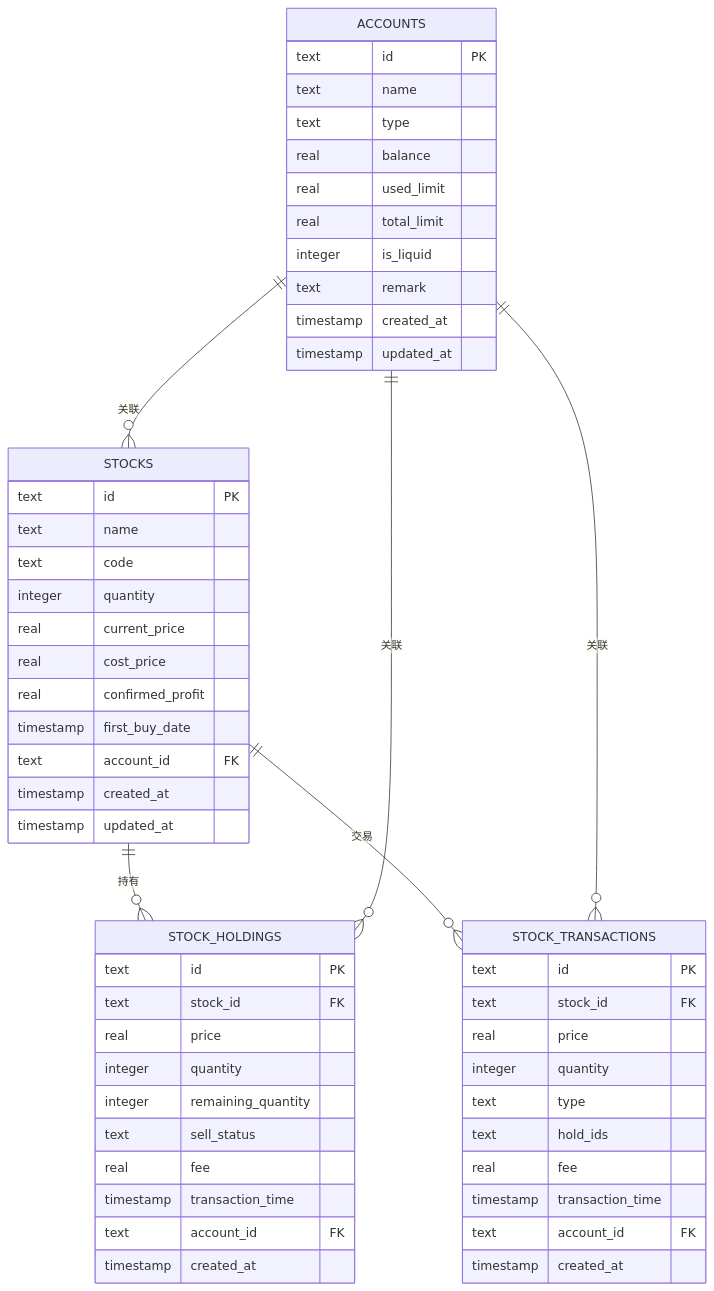
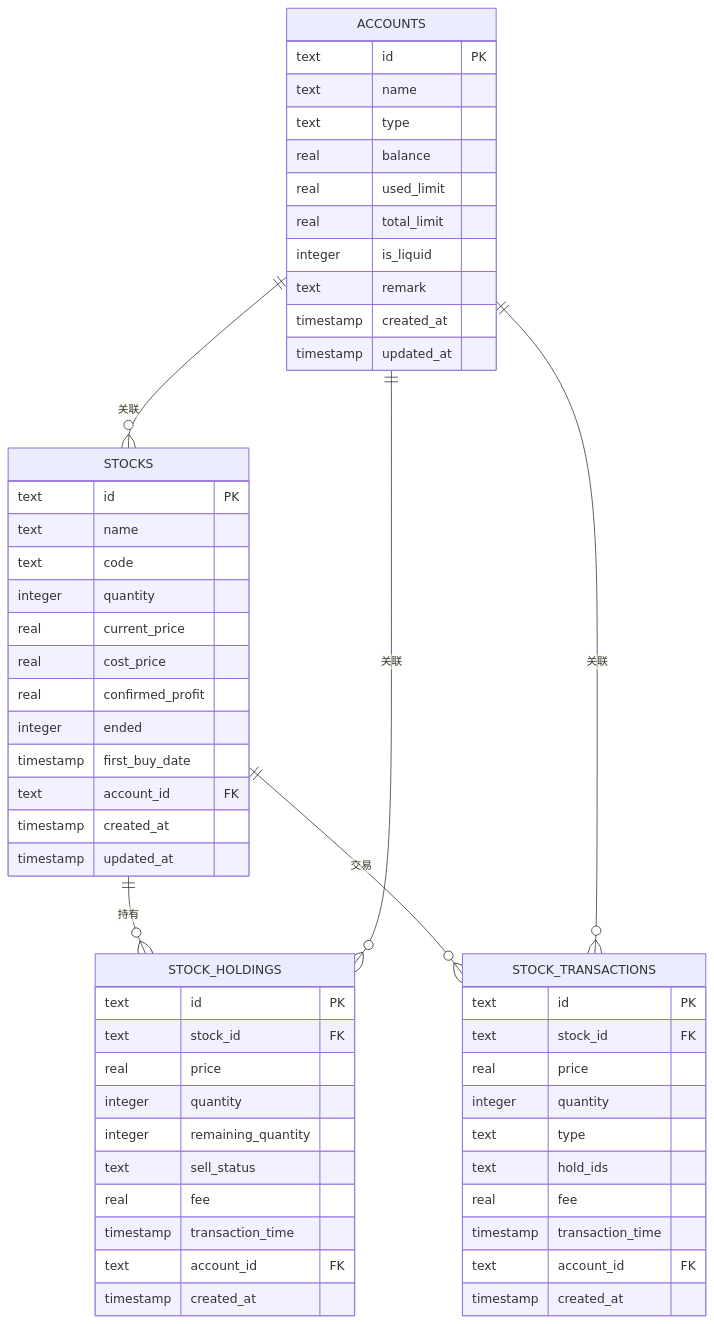
One commit to xiao-lin-unit/yuan changed the sixth of 11 diagrams in .qoder/repowiki/zh/content/资产管理/股票管理.md. Above: the diagram before and after it, drawn with Mermaid. The commit also changed other lines of this file and 37 other files, not shown here.

````diff
--- a/.qoder/repowiki/zh/content/资产管理/股票管理.md
+++ b/.qoder/repowiki/zh/content/资产管理/股票管理.md
@@ -172,57 +290,58 @@
 ```mermaid
 erDiagram
 STOCKS {
 text id PK
 text name
 text code
 integer quantity
 real current_price
 real cost_price
 real confirmed_profit
+integer ended
 timestamp first_buy_date
 text account_id FK
 timestamp created_at
 timestamp updated_at
 }
 STOCK_HOLDINGS {
 text id PK
 text stock_id FK
 real price
 integer quantity
 integer remaining_quantity
 text sell_status
 real fee
 timestamp transaction_time
 text account_id FK
 timestamp created_at
 }
 STOCK_TRANSACTIONS {
 text id PK
 text stock_id FK
 real price
 integer quantity
 text type
 text hold_ids
 real fee
 timestamp transaction_time
 text account_id FK
 timestamp created_at
 }
 ACCOUNTS {
 text id PK
 text name
 text type
 real balance
 real used_limit
 real total_limit
 integer is_liquid
 text remark
 timestamp created_at
 timestamp updated_at
 }
 STOCKS ||--o{ STOCK_HOLDINGS : "持有"
 STOCKS ||--o{ STOCK_TRANSACTIONS : "交易"
 ACCOUNTS ||--o{ STOCKS : "关联"
 ACCOUNTS ||--o{ STOCK_HOLDINGS : "关联"
 ACCOUNTS ||--o{ STOCK_TRANSACTIONS : "关联"
 ```
````
